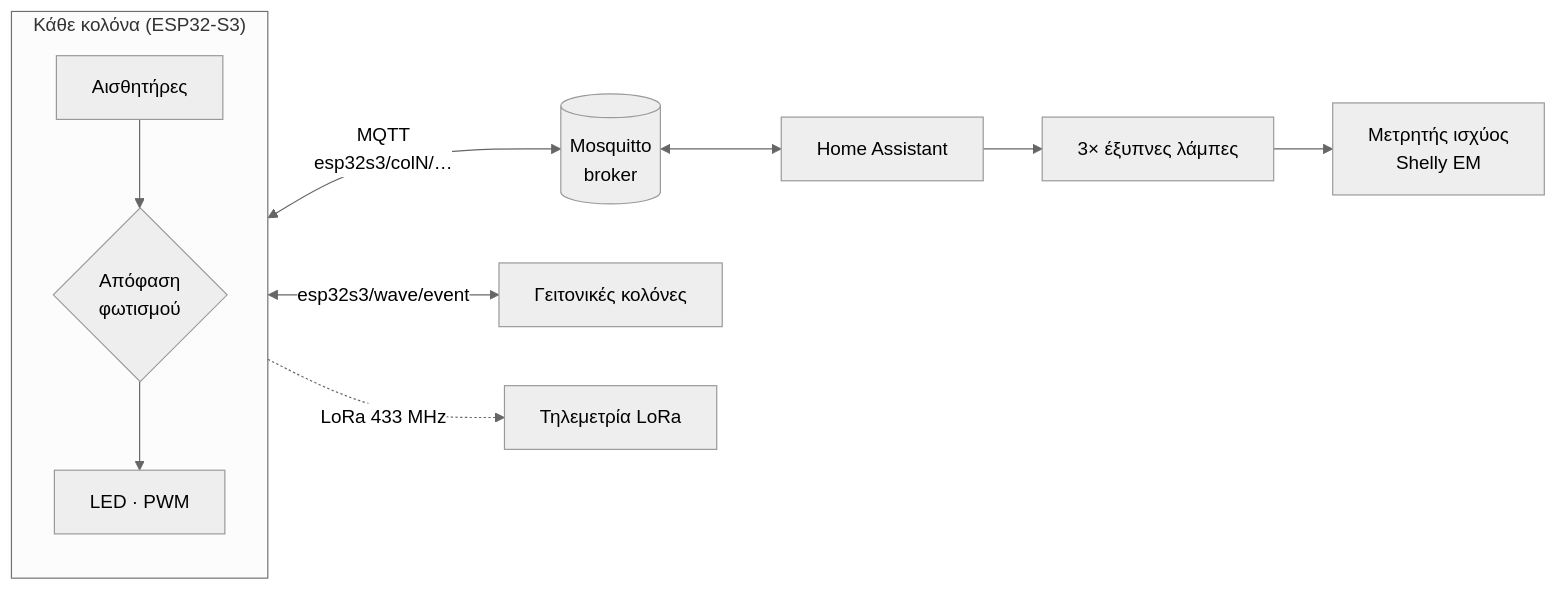
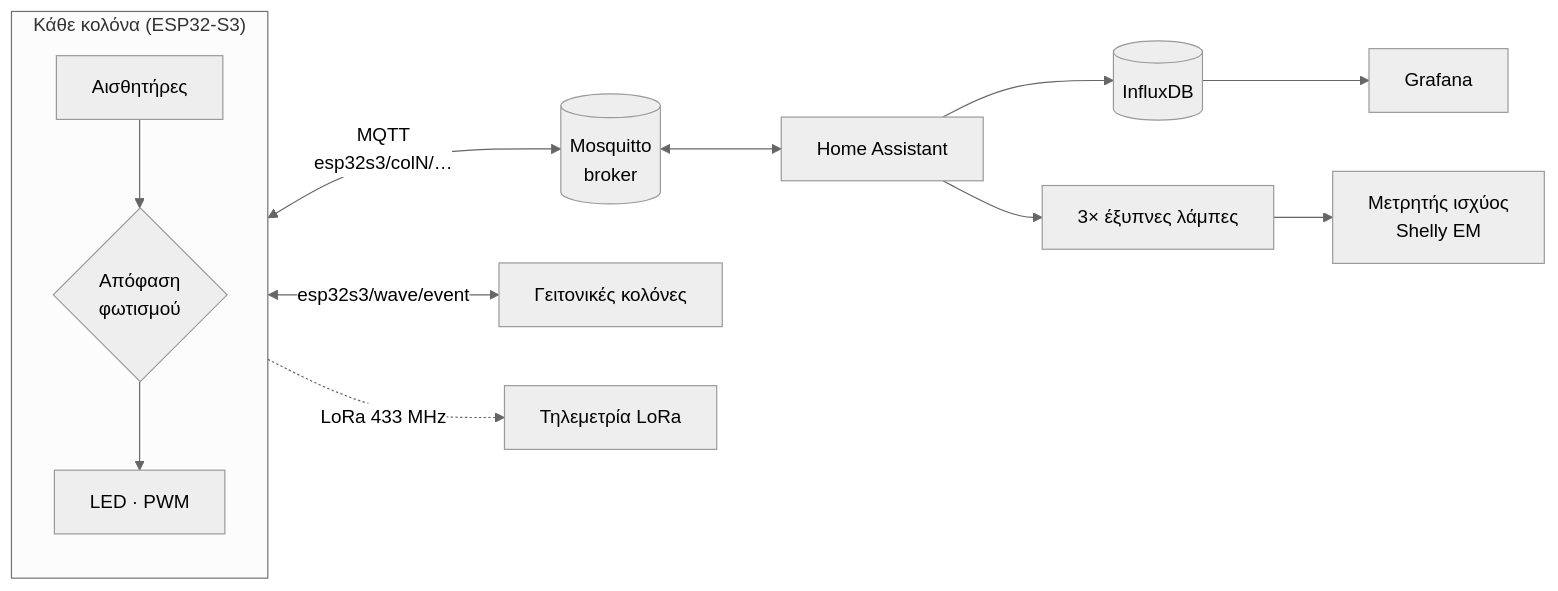
One commit to gyurika12/smart-city-poles changed the diagram in README.el.md. Above: the diagram before and after it, drawn with Mermaid (neutral theme). The commit also changed other lines of this file and 8 other files, not shown here.

First line of the commit message:
Add Grafana dashboard, InfluxDB config; HTML dashboard without stored token

````diff
--- a/README.el.md
+++ b/README.el.md
@@ -36,13 +36,14 @@
 ```mermaid
 flowchart LR
     subgraph Pole["Κάθε κολόνα (ESP32-S3)"]
         S[Αισθητήρες] --> D{Απόφαση<br/>φωτισμού}
         D --> L[LED · PWM]
     end
     Pole <-- "MQTT<br/>esp32s3/colN/…" --> B[(Mosquitto<br/>broker)]
     B <--> HA[Home Assistant]
+    HA --> I[(InfluxDB)] --> G[Grafana]
     Pole <-- "esp32s3/wave/event" --> N[Γειτονικές κολόνες]
     HA --> Y[3× έξυπνες λάμπες]
     Y --> M[Μετρητής ισχύος<br/>Shelly EM]
     Pole -. LoRa 433 MHz .-> R[Τηλεμετρία LoRa]
 ```
````
